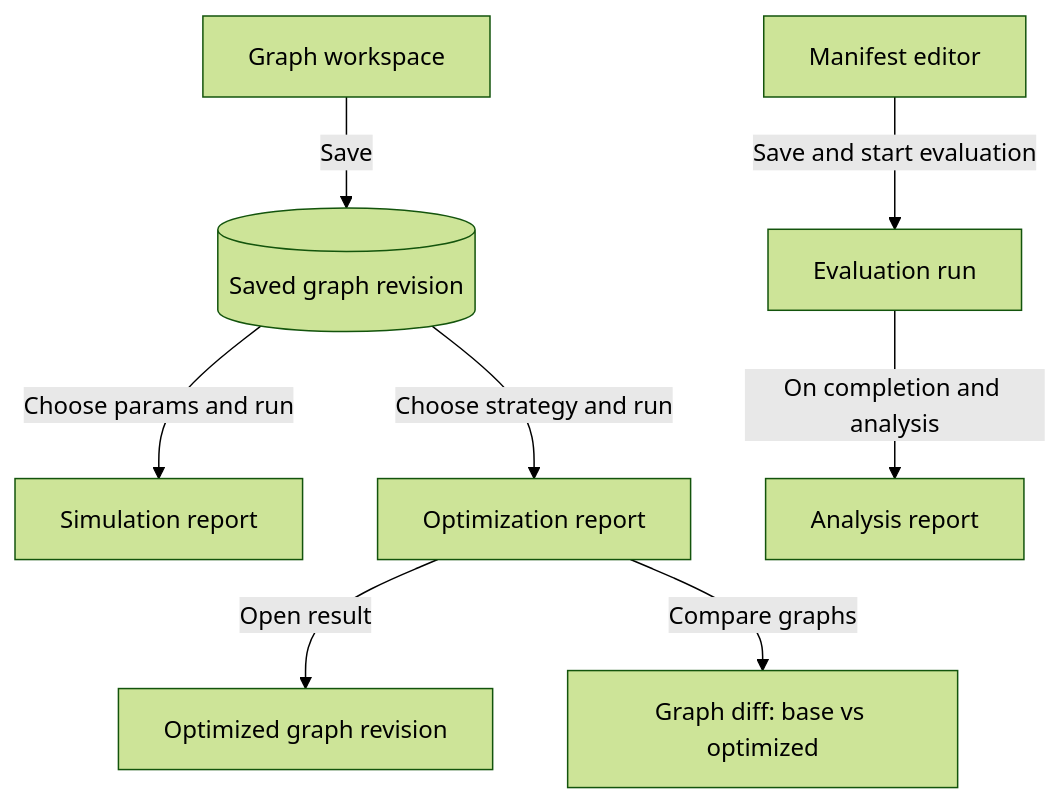
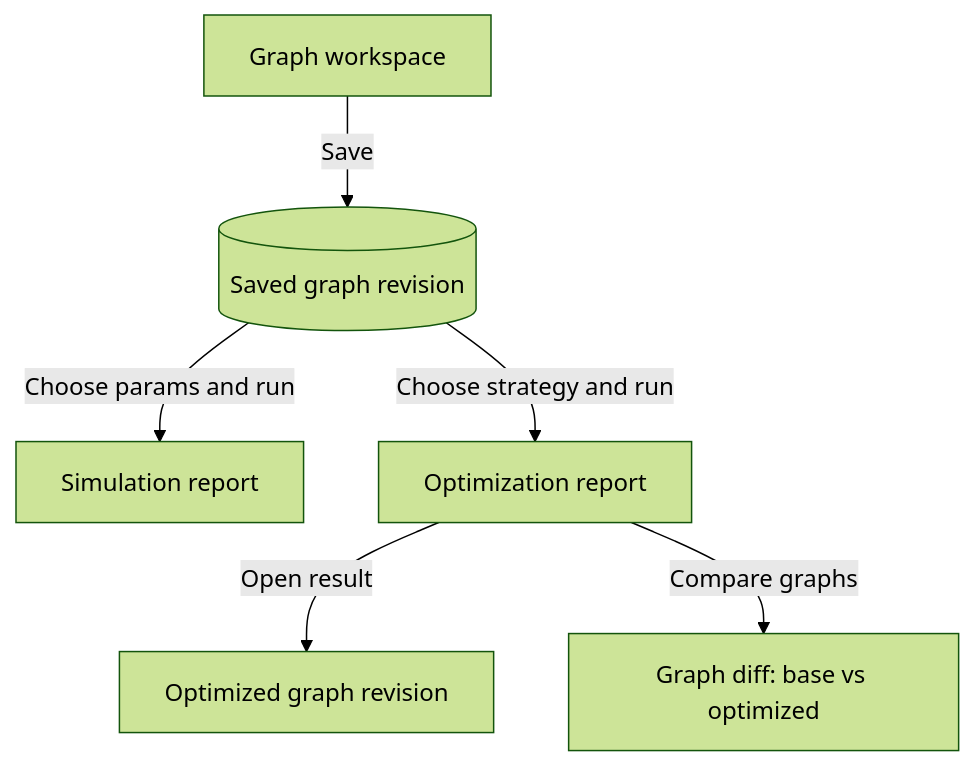
One commit to michalo1334/master_thesis changed the second of 2 diagrams in docs/design/dashboard.md. Above: the diagram before and after it, drawn with Mermaid (forest theme). The commit also changed other lines of this file and 326 other files, not shown here.

````diff
--- a/docs/design/dashboard.md
+++ b/docs/design/dashboard.md
@@ -219,10 +133,8 @@
 ```mermaid
 flowchart TD
     WS[Graph workspace] -->|Save| REV[(Saved graph revision)]
     REV -->|Choose params and run| SIM[Simulation report]
     REV -->|Choose strategy and run| OPT[Optimization report]
     OPT -->|Open result| OR[Optimized graph revision]
     OPT -->|Compare graphs| DIFF[Graph diff: base vs optimized]
-    MF[Manifest editor] -->|Save and start evaluation| EV[Evaluation run]
-    EV -->|On completion and analysis| AN[Analysis report]
 ```
````
